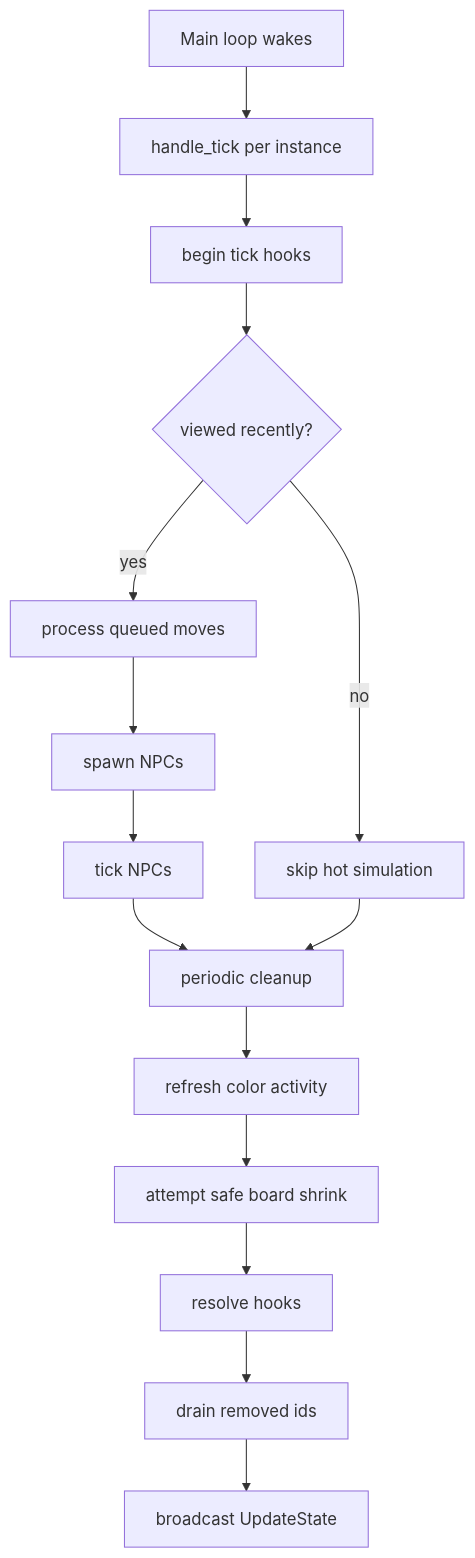
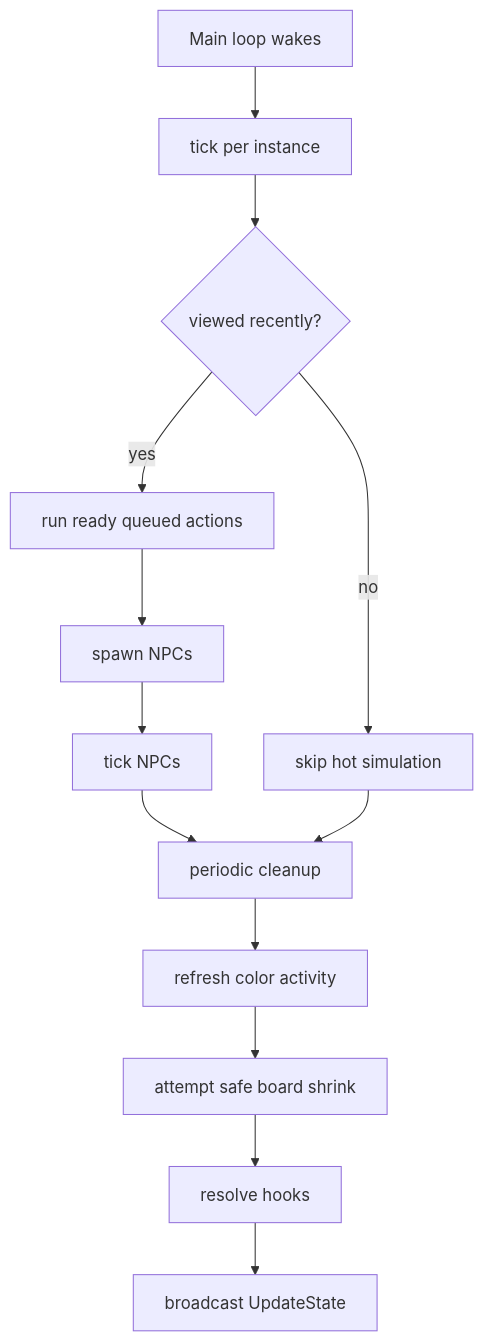
Before and after one commit to libreslop/ffchess: the diagram in docs/logic/game_loop.md, drawn with Mermaid. The commit also changed other lines of this file and 113 other files, not shown here.

````diff
--- a/docs/logic/game_loop.md
+++ b/docs/logic/game_loop.md
@@ -66,17 +68,15 @@
 ```mermaid
 flowchart TD
-    A[Main loop wakes] --> B[handle_tick per instance]
-    B --> C[begin tick hooks]
-    C --> D{viewed recently?}
-    D -- yes --> E[process queued moves]
+    A[Main loop wakes] --> B[tick per instance]
+    B --> D{viewed recently?}
+    D -- yes --> E[run ready queued actions]
     E --> F[spawn NPCs]
     F --> G[tick NPCs]
     D -- no --> H[skip hot simulation]
     G --> I[periodic cleanup]
     H --> I
     I --> J[refresh color activity]
     J --> K[attempt safe board shrink]
     K --> L[resolve hooks]
-    L --> M[drain removed ids]
-    M --> N[broadcast UpdateState]
+    L --> M[broadcast UpdateState]
 ```
````
